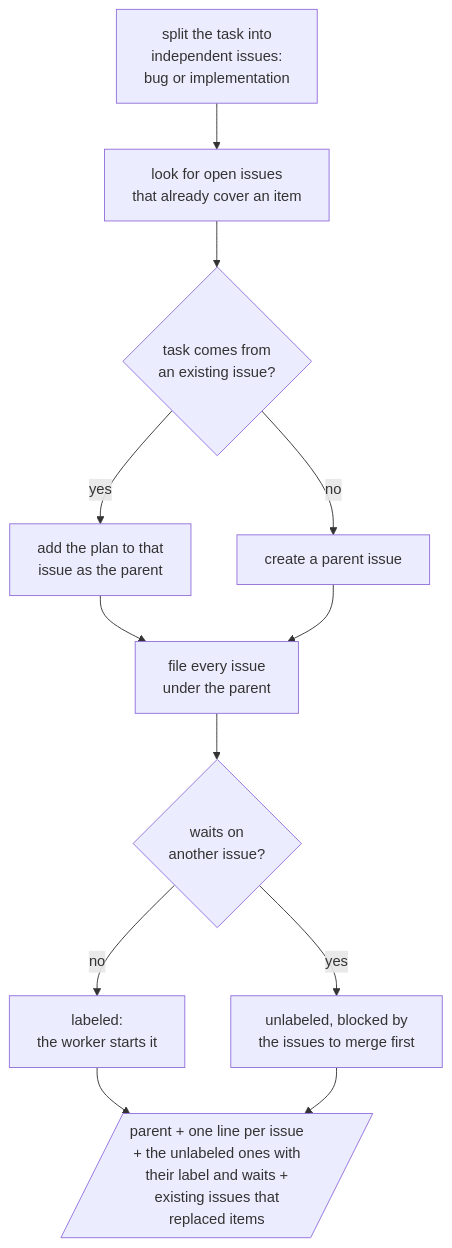
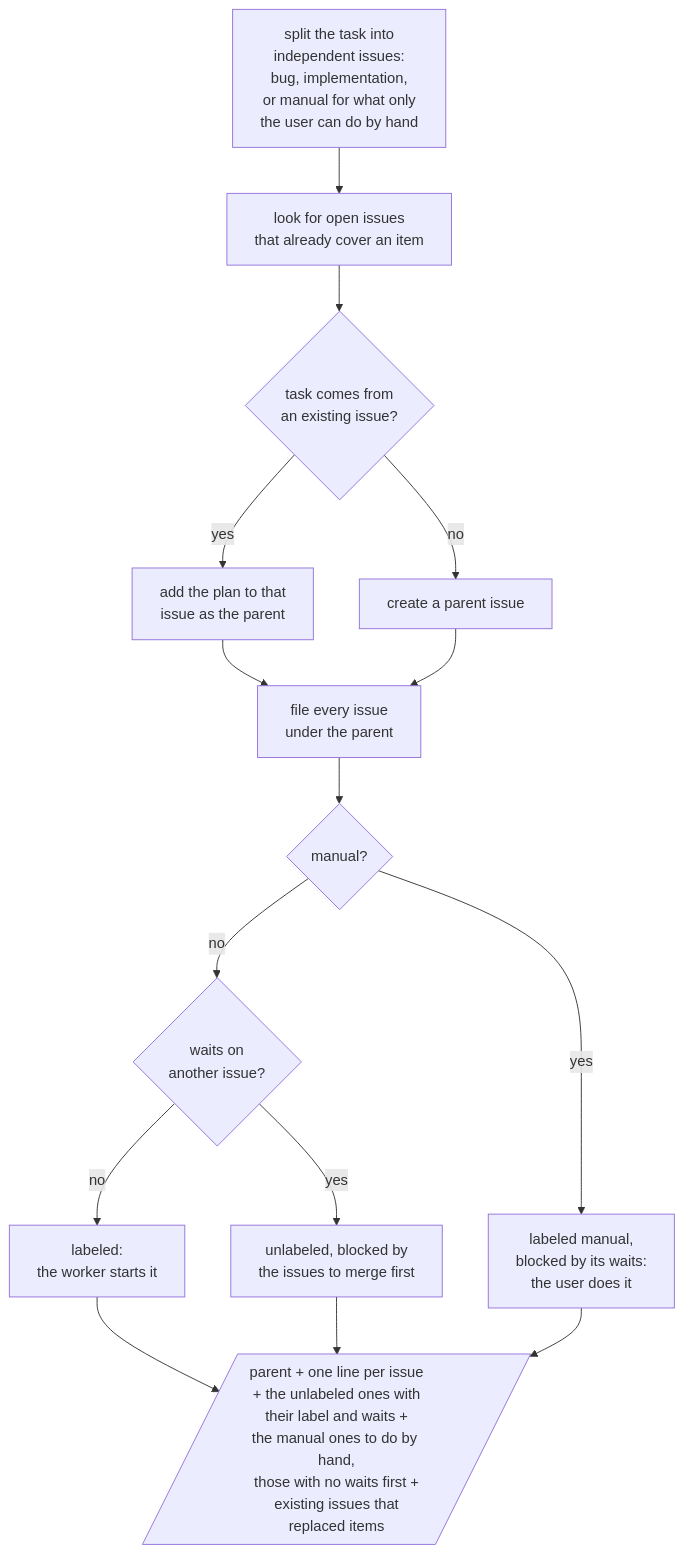
One commit to omni-stove/skill-kit changed the diagram in shared/skills/delegate/README.md. Above: the diagram before and after it, drawn with Mermaid. The commit also changed 14 other files, not shown here.

````diff
--- a/shared/skills/delegate/README.md
+++ b/shared/skills/delegate/README.md
@@ -3,15 +3,18 @@
 ```mermaid
 flowchart TD
-  split["split the task into<br/>independent issues:<br/>bug or implementation"]
+  split["split the task into<br/>independent issues:<br/>bug, implementation,<br/>or manual for what only<br/>the user can do by hand"]
   split --> similar[look for open issues<br/>that already cover an item]
   similar --> origin{task comes from<br/>an existing issue?}
   origin -- "yes" --> comment[add the plan to that<br/>issue as the parent]
   origin -- "no" --> parent[create a parent issue]
   comment --> create[file every issue<br/>under the parent]
-  create --> wait{waits on<br/>another issue?}
+  create --> kind{manual?}
+  kind -- "yes" --> manual[labeled manual,<br/>blocked by its waits:<br/>the user does it]
+  kind -- "no" --> wait{waits on<br/>another issue?}
   wait -- "no" --> now[labeled:<br/>the worker starts it]
   wait -- "yes" --> later[unlabeled, blocked by<br/>the issues to merge first]
   parent --> create
-  now --> report[/"parent + one line per issue<br/>+ the unlabeled ones with<br/>their label and waits +<br/>existing issues that<br/>replaced items"/]
+  now --> report[/"parent + one line per issue<br/>+ the unlabeled ones with<br/>their label and waits +<br/>the manual ones to do by hand,<br/>those with no waits first +<br/>existing issues that<br/>replaced items"/]
   later --> report
+  manual --> report
 ```
````
